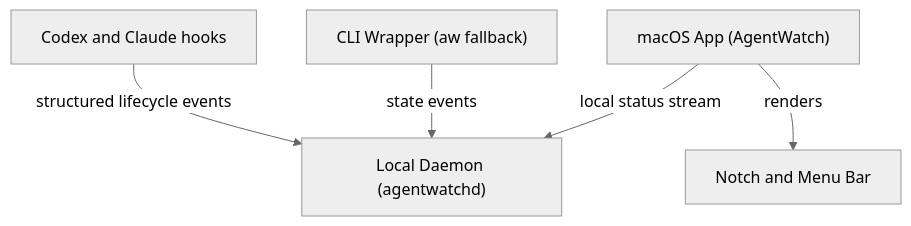
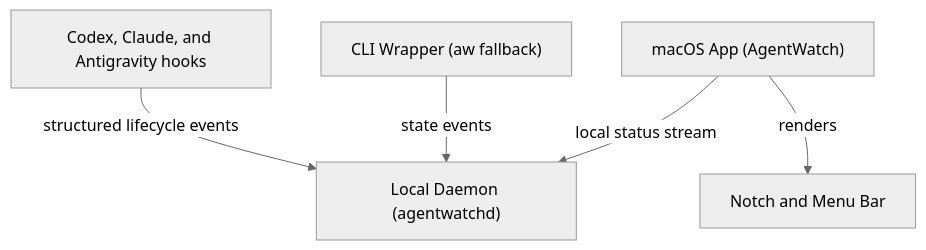
One commit to prasetyobu21/agentwatch changed the diagram in README.md. Above: the diagram before and after it, drawn with Mermaid (neutral theme). The commit also changed other lines of this file and 3 other files, not shown here.

````diff
--- a/README.md
+++ b/README.md
@@ -233,7 +232,7 @@
 ```mermaid
 graph TD
-    A["Codex and Claude hooks"] -- "structured lifecycle events" --> B["Local Daemon (agentwatchd)"]
+    A["Codex, Claude, and Antigravity hooks"] -- "structured lifecycle events" --> B["Local Daemon (agentwatchd)"]
     E["CLI Wrapper (aw fallback)"] -- "state events" --> B
     C["macOS App (AgentWatch)"] -- "local status stream" --> B
     C -- "renders" --> D["Notch and Menu Bar"]
 ```
````
